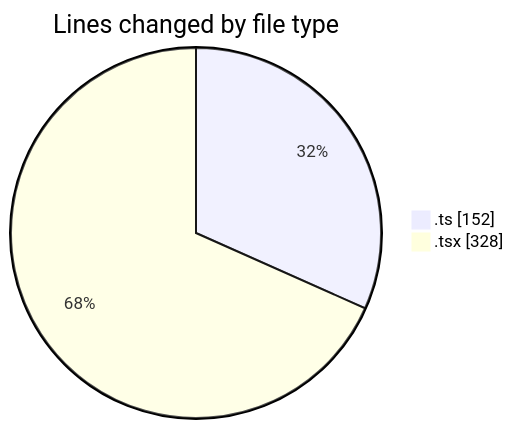
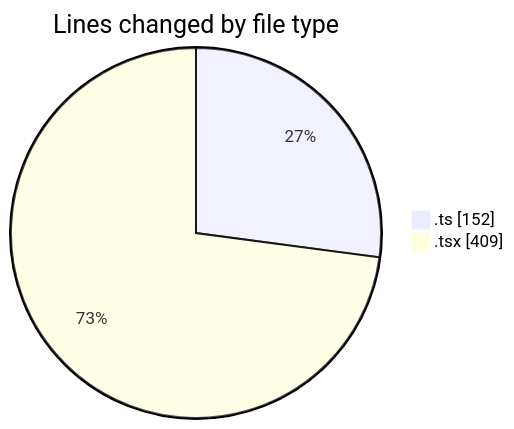
The first of 2 diagrams in 2025-10-22/eventscop-frontend-guide__workspace_/README.md (julien-gomy/code-tracking), drawn with Mermaid before and after one commit. The commit also changed other lines of this file and 1 other file, not shown here.

````diff
--- a/2025-10-22/eventscop-frontend-guide__workspace_/README.md
+++ b/2025-10-22/eventscop-frontend-guide__workspace_/README.md
@@ -27,6 +27,6 @@
 ```mermaid
 pie showData
 title Lines changed by file type
 ".ts" : 152
-".tsx" : 328
+".tsx" : 409
 ```
````
